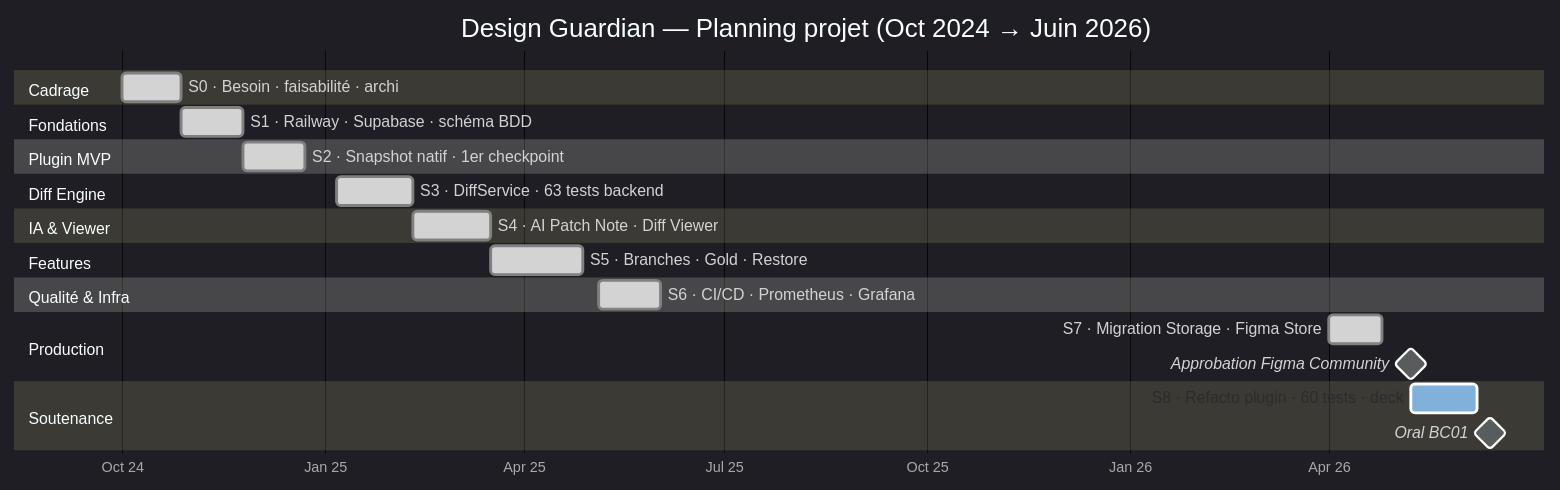
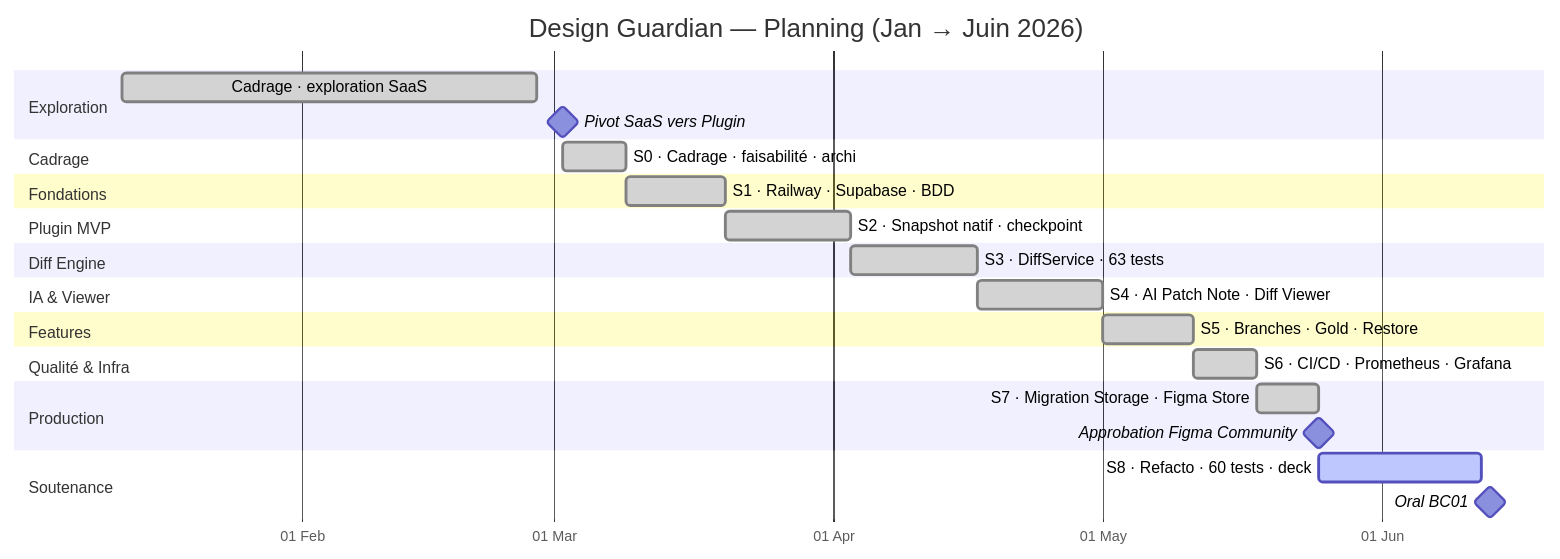
Before and after one commit to Hardi99/design-guardian: the first of 3 diagrams in docs/BC01/02-gantt.md, drawn with Mermaid. The commit also changed other lines of this file and 17 other files, not shown here.

````diff
--- a/docs/BC01/02-gantt.md
+++ b/docs/BC01/02-gantt.md
@@ -5,29 +36,30 @@
 ```mermaid
-%%{init: {'theme':'dark', 'themeVariables': {'background':'transparent'}}}%%
 gantt
-    title Design Guardian — Planning projet (Oct 2024 → Juin 2026)
+    title Design Guardian — Planning (Jan → Juin 2026)
     dateFormat YYYY-MM-DD
-    axisFormat %b %y
-    todayMarker off
+    axisFormat %d %b
 
+    section Exploration
+    Cadrage · exploration SaaS           :done, 2026-01-12, 2026-02-27
+    Pivot SaaS vers Plugin               :milestone, 2026-03-02, 0d
     section Cadrage
-        S0 · Besoin · faisabilité · archi      :done, 2024-10-01, 2024-10-28
+    S0 · Cadrage · faisabilité · archi   :done, 2026-03-02, 2026-03-09
     section Fondations
-        S1 · Railway · Supabase · schéma BDD   :done, 2024-10-28, 2024-11-25
+    S1 · Railway · Supabase · BDD        :done, 2026-03-09, 2026-03-20
     section Plugin MVP
-        S2 · Snapshot natif · 1er checkpoint   :done, 2024-11-25, 2024-12-23
+    S2 · Snapshot natif · checkpoint     :done, 2026-03-20, 2026-04-03
     section Diff Engine
-        S3 · DiffService · 63 tests backend    :done, 2025-01-06, 2025-02-10
+    S3 · DiffService · 63 tests          :done, 2026-04-03, 2026-04-17
     section IA & Viewer
-        S4 · AI Patch Note · Diff Viewer       :done, 2025-02-10, 2025-03-17
+    S4 · AI Patch Note · Diff Viewer     :done, 2026-04-17, 2026-05-01
     section Features
-        S5 · Branches · Gold · Restore         :done, 2025-03-17, 2025-04-28
+    S5 · Branches · Gold · Restore       :done, 2026-05-01, 2026-05-11
     section Qualité & Infra
-        S6 · CI/CD · Prometheus · Grafana      :done, 2025-05-05, 2025-06-02
+    S6 · CI/CD · Prometheus · Grafana    :done, 2026-05-11, 2026-05-18
     section Production
-        S7 · Migration Storage · Figma Store   :done, 2026-04-01, 2026-04-25
-        Approbation Figma Community            :milestone, 2026-05-08, 0d
+    S7 · Migration Storage · Figma Store :done, 2026-05-18, 2026-05-25
+    Approbation Figma Community          :milestone, 2026-05-25, 0d
     section Soutenance
-        S8 · Refacto plugin · 60 tests · deck  :active, 2026-05-08, 2026-06-07
-        Oral BC01                              :milestone, 2026-06-13, 0d
+    S8 · Refacto · 60 tests · deck       :active, 2026-05-25, 2026-06-12
+    Oral BC01                            :milestone, 2026-06-13, 0d
 ```
````
